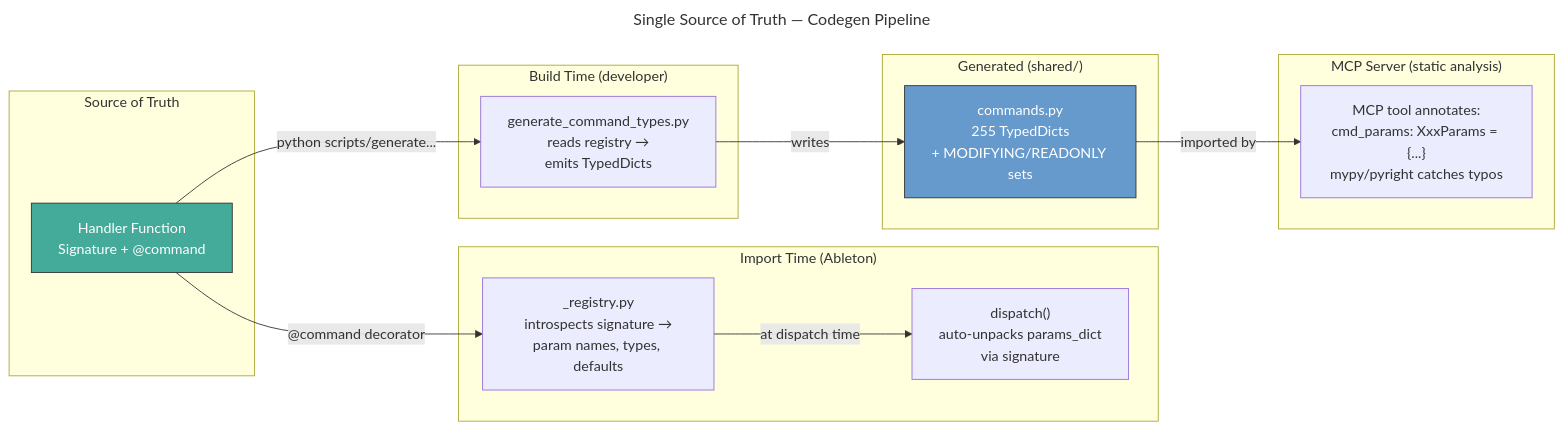
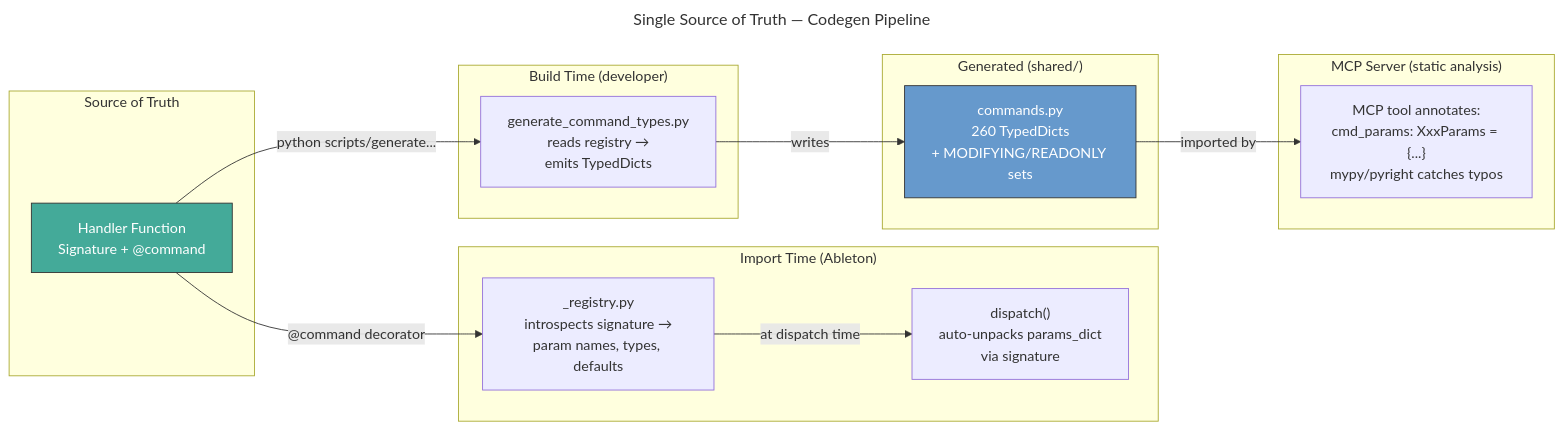
One commit to dcetlin/AbletonBridge changed the diagram in diagrams/4-codegen-pipeline.mmd. Above: the diagram before and after it, drawn with Mermaid. The commit also changed 6 other files, not shown here.

First line of the commit message:
docs: fix stale diagrams and README counts

```diff
--- a/diagrams/4-codegen-pipeline.mmd
+++ b/diagrams/4-codegen-pipeline.mmd
@@ -1,33 +1,33 @@
 ---
 title: "Single Source of Truth — Codegen Pipeline"
 ---
 flowchart LR
     subgraph "Source of Truth"
         SIG["Handler Function<br/>Signature + @command"]
     end
 
     subgraph "Import Time (Ableton)"
         REG["_registry.py<br/>introspects signature →<br/>param names, types, defaults"]
         DISP["dispatch()<br/>auto-unpacks params_dict<br/>via signature"]
     end
 
     subgraph "Build Time (developer)"
         GEN["generate_command_types.py<br/>reads registry →<br/>emits TypedDicts"]
     end
 
     subgraph "Generated (shared/)"
-        TD["commands.py<br/>255 TypedDicts<br/>+ MODIFYING/READONLY sets"]
+        TD["commands.py<br/>260 TypedDicts<br/>+ MODIFYING/READONLY sets"]
     end
 
     subgraph "MCP Server (static analysis)"
         MCPT["MCP tool annotates:<br/>cmd_params: XxxParams = {...}<br/>mypy/pyright catches typos"]
     end
 
     SIG -->|"@command decorator"| REG
     REG -->|"at dispatch time"| DISP
     SIG -->|"python scripts/generate..."| GEN
     GEN -->|"writes"| TD
     TD -->|"imported by"| MCPT
 
     style SIG fill:#4a9,stroke:#333,color:#fff
     style TD fill:#69c,stroke:#333,color:#fff
```
